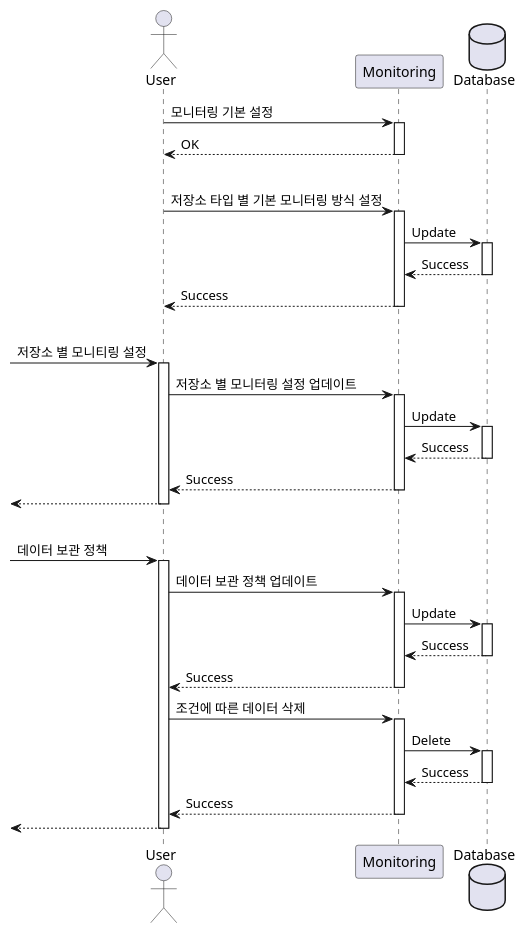
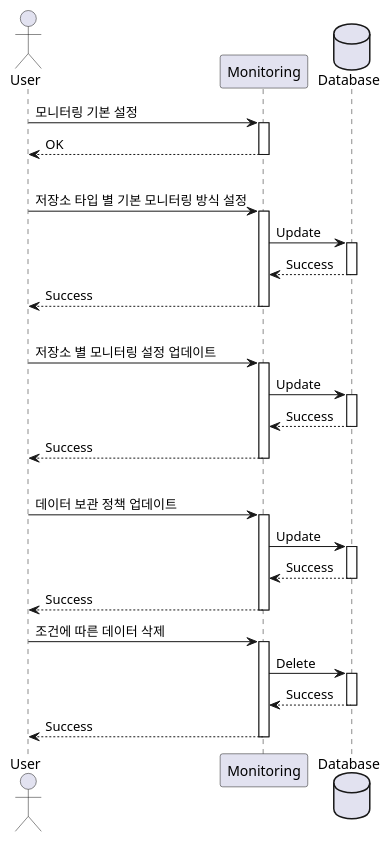
One commit to DataFabricTech/DataFabricPlatform changed the fourth of 5 diagrams in docs/arch/monitoring/monitoring.md. Above: the diagram before and after it, drawn with PlantUML. The commit also changed other lines of this file and 1 other file, not shown here.

First line of the commit message:
[FAB2023-1448] 데이터 모델 설계 문서 업데이트

````diff
--- a/docs/arch/monitoring/monitoring.md
+++ b/docs/arch/monitoring/monitoring.md
@@ -185,33 +185,29 @@
 ```plantuml
 @startuml
 actor User as user
 participant Monitoring as monitoring
 database Database as database
 
 user -> monitoring ++: 모니터링 기본 설정
 user <-- monitoring --: OK
 |||
 user -> monitoring ++ : 저장소 타입 별 기본 모니터링 방식 설정 
 monitoring -> database ++ : Update
 monitoring <-- database -- : Success
 user <-- monitoring -- : Success
 |||
--> user ++ : 저장소 별 모니티링 설정
 user -> monitoring ++ : 저장소 별 모니터링 설정 업데이트
 monitoring -> database ++ : Update
 monitoring <-- database -- : Success
 user <-- monitoring -- : Success
-<-- user -- : 
 |||
--> user ++ : 데이터 보관 정책
 user -> monitoring ++ : 데이터 보관 정책 업데이트
 monitoring -> database ++ : Update
 monitoring <-- database -- : Success
 user <-- monitoring -- : Success
 user -> monitoring ++ : 조건에 따른 데이터 삭제
 monitoring -> database ++ : Delete
 monitoring <-- database -- : Success
 user <-- monitoring -- : Success
-<-- user -- : 
 @enduml
 ```
````
